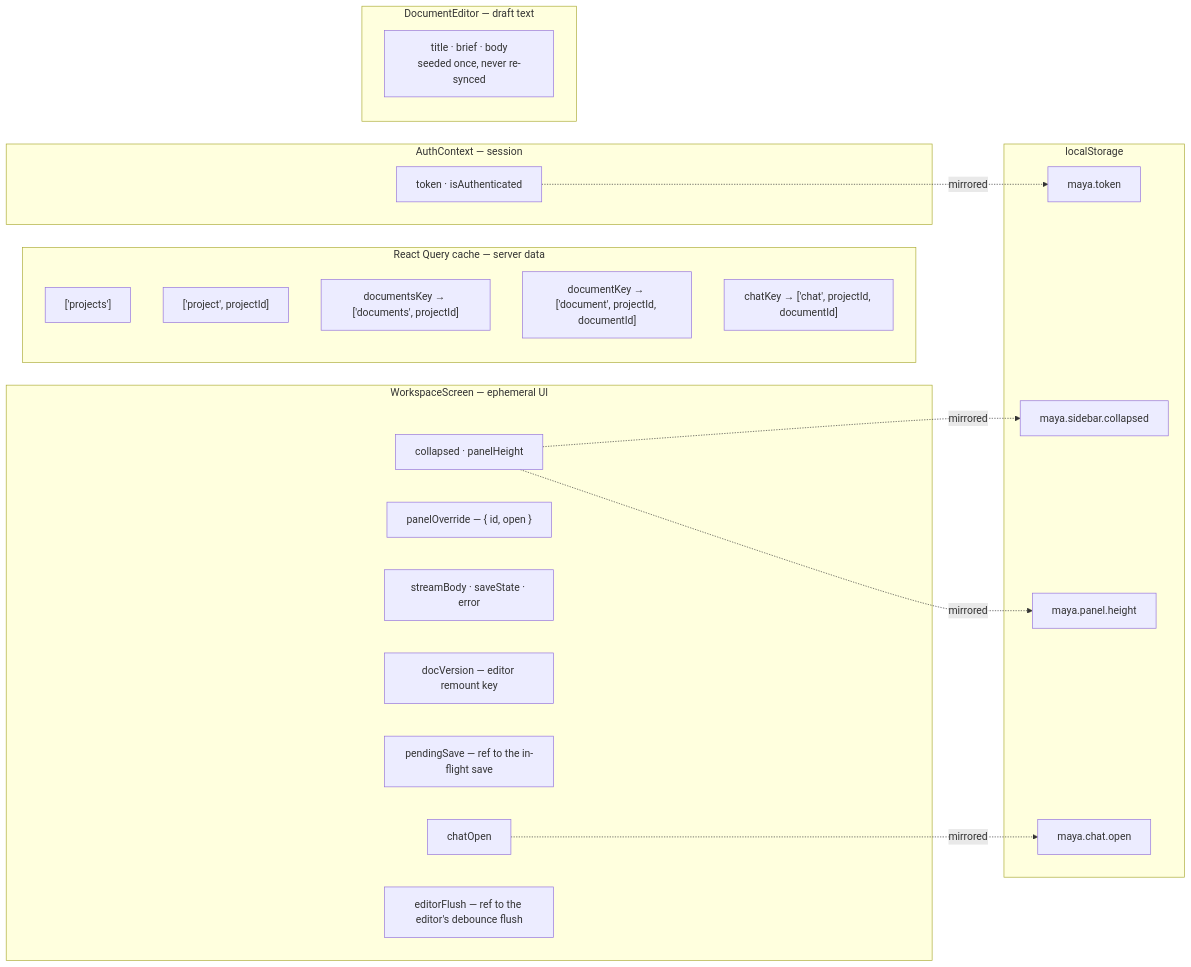
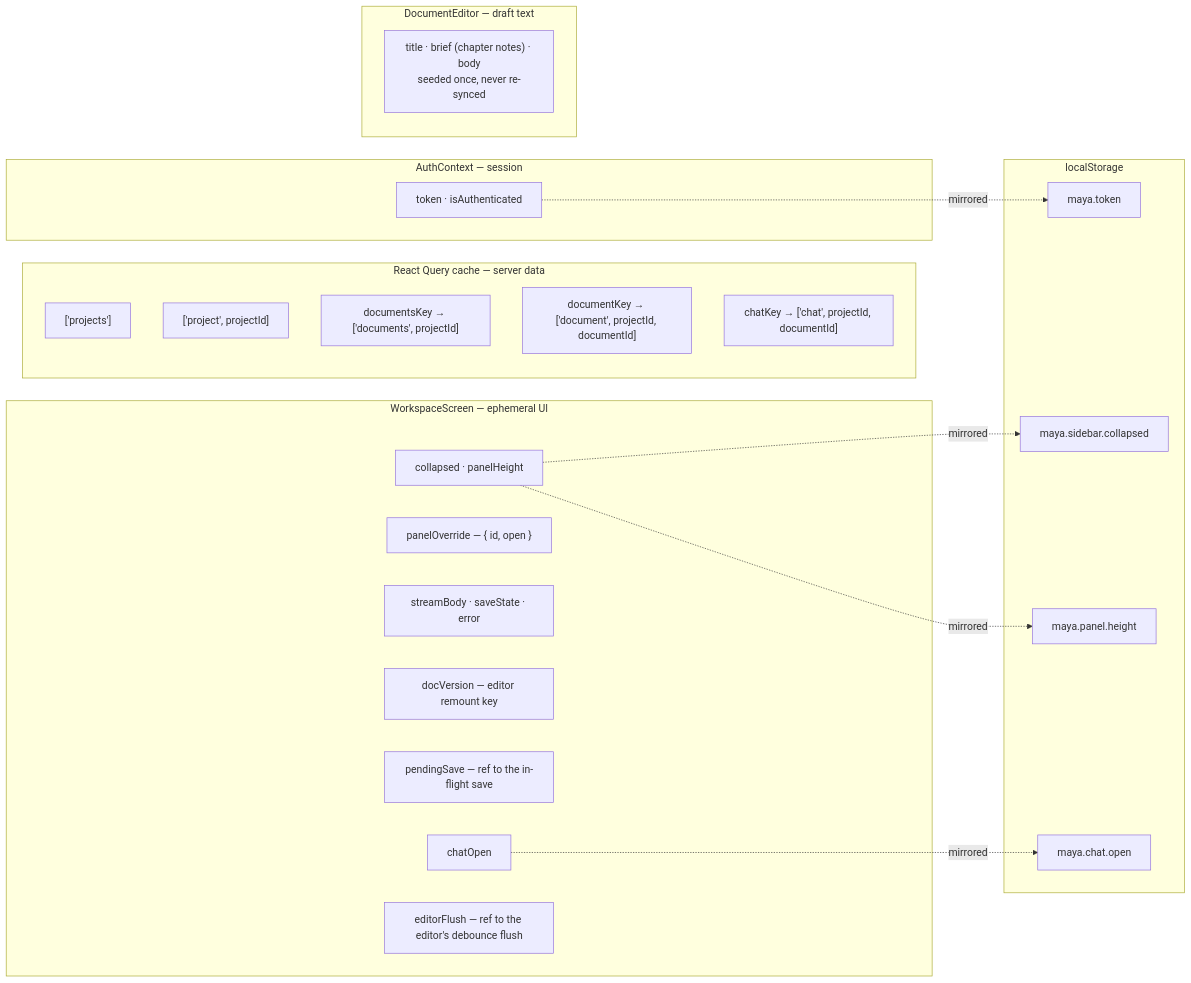
The third of 3 diagrams in docs/diagrams/04-frontend-architecture.md (Akazz-L/maya), drawn with Mermaid before and after one commit. The commit also changed other lines of this file and 24 other files, not shown here.

First line of the commit message:
feat: optional multi-line chapter notes, and planning without them (#17)

````diff
--- a/docs/diagrams/04-frontend-architecture.md
+++ b/docs/diagrams/04-frontend-architecture.md
@@ -116,40 +117,40 @@
 ```mermaid
 graph LR
     subgraph rq["React Query cache — server data"]
         K1["['projects']"]
         K2["['project', projectId]"]
         K3["documentsKey → ['documents', projectId]"]
         K4["documentKey → ['document', projectId, documentId]"]
         K5["chatKey → ['chat', projectId, documentId]"]
     end
 
     subgraph ctx["AuthContext — session"]
         T["token · isAuthenticated"]
     end
 
     subgraph local["WorkspaceScreen — ephemeral UI"]
         L1["collapsed · panelHeight"]
         L2["panelOverride — { id, open }"]
         L3["streamBody · saveState · error"]
         L4["docVersion — editor remount key"]
         L5["pendingSave — ref to the in-flight save"]
         L6["chatOpen"]
         L7["editorFlush — ref to the editor's debounce flush"]
     end
 
     subgraph ed["DocumentEditor — draft text"]
-        E1["title · brief · body<br/>seeded once, never re-synced"]
+        E1["title · brief (chapter notes) · body<br/>seeded once, never re-synced"]
     end
 
     subgraph ls["localStorage"]
         S1["maya.token"]
         S2["maya.sidebar.collapsed"]
         S3["maya.panel.height"]
         S4["maya.chat.open"]
     end
 
     T -.->|mirrored| S1
     L1 -.->|mirrored| S2
     L1 -.->|mirrored| S3
     L6 -.->|mirrored| S4
 ```
````
